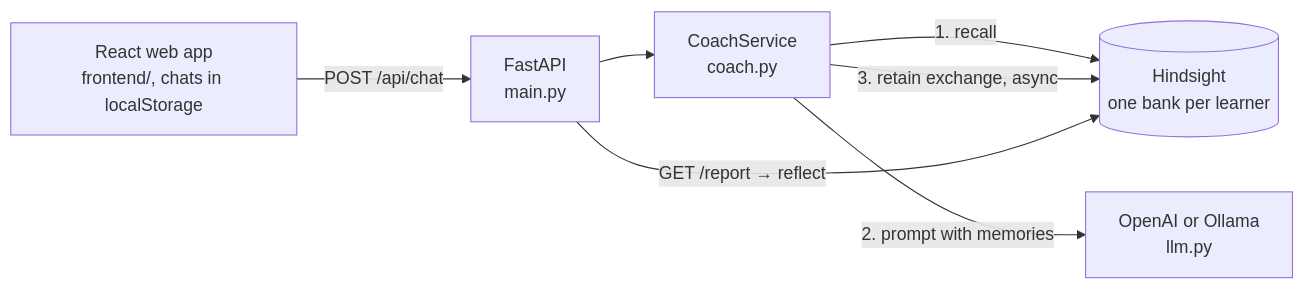
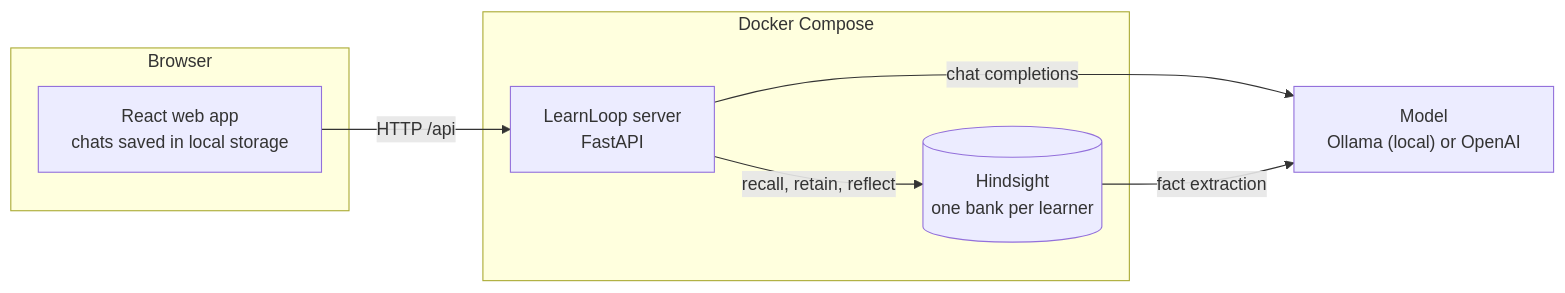
The second of 2 diagrams in README.md (satyaidk/emergent-loop), drawn with Mermaid before and after one commit. The commit also changed other lines of this file and 7 other files, not shown here.

````diff
--- a/README.md
+++ b/README.md
@@ -45,9 +136,15 @@
 ```mermaid
 flowchart LR
-    UI[React web app<br/>frontend/, chats in localStorage] -->|POST /api/chat| API[FastAPI<br/>main.py]
-    API --> Coach[CoachService<br/>coach.py]
-    Coach -->|1. recall| Mem[(Hindsight<br/>one bank per learner)]
-    Coach -->|2. prompt with memories| LLM[OpenAI or Ollama<br/>llm.py]
-    Coach -->|3. retain exchange, async| Mem
-    API -->|GET /report → reflect| Mem
+    subgraph Browser
+        UI["React web app<br/>chats saved in local storage"]
+    end
+    subgraph Server["Docker Compose"]
+        API["LearnLoop server<br/>FastAPI"]
+        HS[("Hindsight<br/>one bank per learner")]
+    end
+    LLM["Model<br/>Ollama (local) or OpenAI"]
+    UI -- "HTTP /api" --> API
+    API -- "recall, retain, reflect" --> HS
+    API -- "chat completions" --> LLM
+    HS -- "fact extraction" --> LLM
 ```
````
